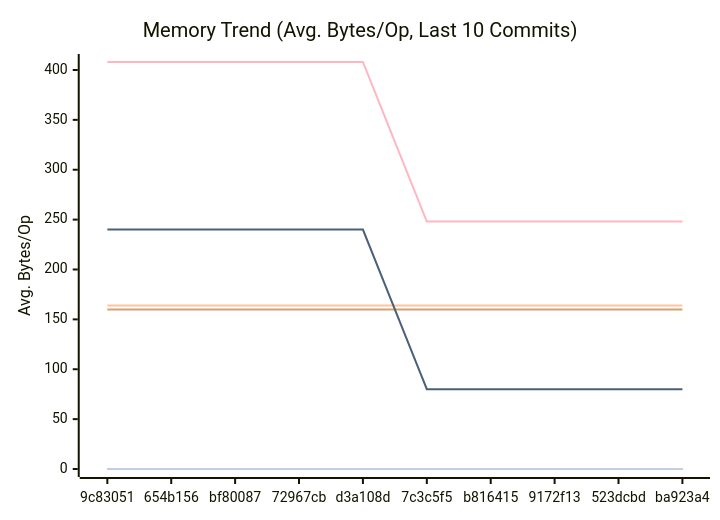
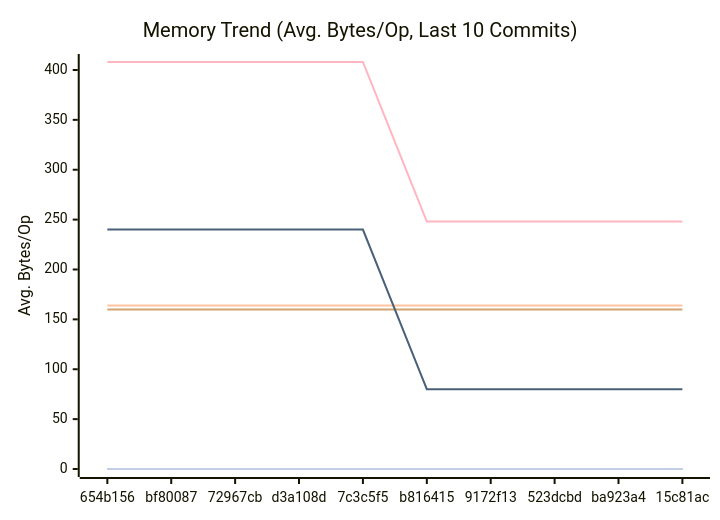
The second of 3 diagrams in docs/PERFORMANCE.md (alsotoes/momo), drawn with Mermaid before and after one commit. The commit also changed other lines of this file and 2 other files, not shown here.

````diff
--- a/docs/PERFORMANCE.md
+++ b/docs/PERFORMANCE.md
@@ -97,16 +97,16 @@
 ```mermaid
 xychart-beta
     title "Memory Trend (Avg. Bytes/Op, Last 10 Commits)"
     x-axis "Commit"
     y-axis "Avg. Bytes/Op"
-    x-axis [9c83051,654b156,bf80087,72967cb,d3a108d,7c3c5f5,b816415,9172f13,523dcbd,ba923a4]
+    x-axis [654b156,bf80087,72967cb,d3a108d,7c3c5f5,b816415,9172f13,523dcbd,ba923a4,15c81ac]
     line "CheckMetricsAndSwap" [0,0,0,0,0,0,0,0,0,0]
     line "CrushOptimized" [0,0,0,0,0,0,0,0,0,0]
     line "CrushOriginal" [164,164,164,164,164,164,164,164,164,164]
     line "IndexDirectTracking" [0,0,0,0,0,0,0,0,0,0]
     line "IndexSearch" [0,0,0,0,0,0,0,0,0,0]
     line "LoadGlobalConfig" [160,160,160,160,160,160,160,160,160,160]
     line "PadString" [0,0,0,0,0,0,0,0,0,0]
     line "ParseReplicationOrder_NoPrealloc" [408,408,408,408,408,248,248,248,248,248]
     line "ParseReplicationOrder_Prealloc" [240,240,240,240,240,80,80,80,80,80]
 ```
````
